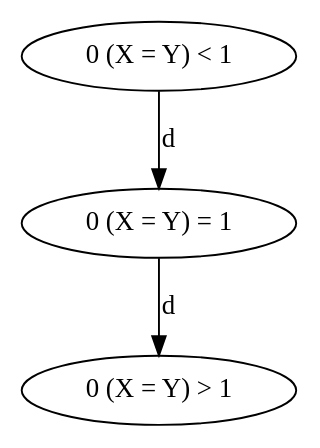
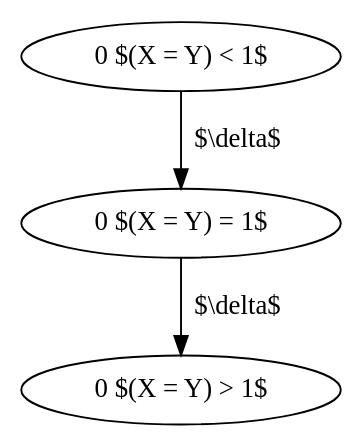
One commit to sguha100/bachelor-thesis changed the diagram in thesis/breaking2-zones01.dot. Above: the diagram before and after it, drawn with Graphviz. The commit also changed 6 other files, not shown here.

Commit message:
Fixed some issues with SVG graphics.

```diff
--- a/thesis/breaking2-zones01.dot
+++ b/thesis/breaking2-zones01.dot
@@ -1,7 +1,7 @@
 digraph {
-"0 (X = Y) < 1";
-"0 (X = Y) = 1";
-"0 (X = Y) > 1";
-"0 (X = Y) < 1" -> "0 (X = Y) = 1" [label = "d"]
-"0 (X = Y) = 1" -> "0 (X = Y) > 1" [label = "d"]
+"0 $(X = Y) < 1$";
+"0 $(X = Y) = 1$";
+"0 $(X = Y) > 1$";
+"0 $(X = Y) < 1$" -> "0 $(X = Y) = 1$" [label = "$\\delta$"]
+"0 $(X = Y) = 1$" -> "0 $(X = Y) > 1$" [label = "$\\delta$"]
 }
```
